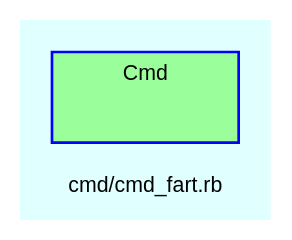
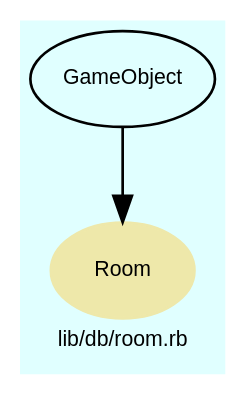
Before and after one commit to Tyche/teensymud: the diagram in doc/dot/f_41.dot, drawn with Graphviz. The commit also changed 180 other files, not shown here.

```diff
--- a/doc/dot/f_41.dot
+++ b/doc/dot/f_41.dot
@@ -1,29 +1,31 @@
 digraph TopLevel {
     compound = true
     bgcolor = lightcyan1
     fontname = Arial
     fontsize = 8
-    label = "cmd/cmd_fart.rb"
+    label = "lib/db/room.rb"
     node [
         fontname = Arial,
         fontsize = 8,
         color = black
     ]
 
-    subgraph cluster_Cmd {
-        fillcolor = palegreen1
-        URL = "classes/Cmd.html"
-        fontname = Arial
-        color = blue
-        label = "Cmd"
-        style = filled
-        Cmd [
-            shape = plaintext,
-            height = 0.01,
-            width = 0.75,
-            label = ""
-        ]
+    Room [
+        fontcolor = black,
+        URL = "classes/Room.html",
+        shape = ellipse,
+        color = palegoldenrod,
+        style = filled,
+        label = "Room"
+    ]
 
-    }
+    GameObject [
+        URL = "classes/GameObject.html",
+        label = "GameObject"
+    ]
+
+    GameObject -> Room [
+
+    ]
 
 }
```
